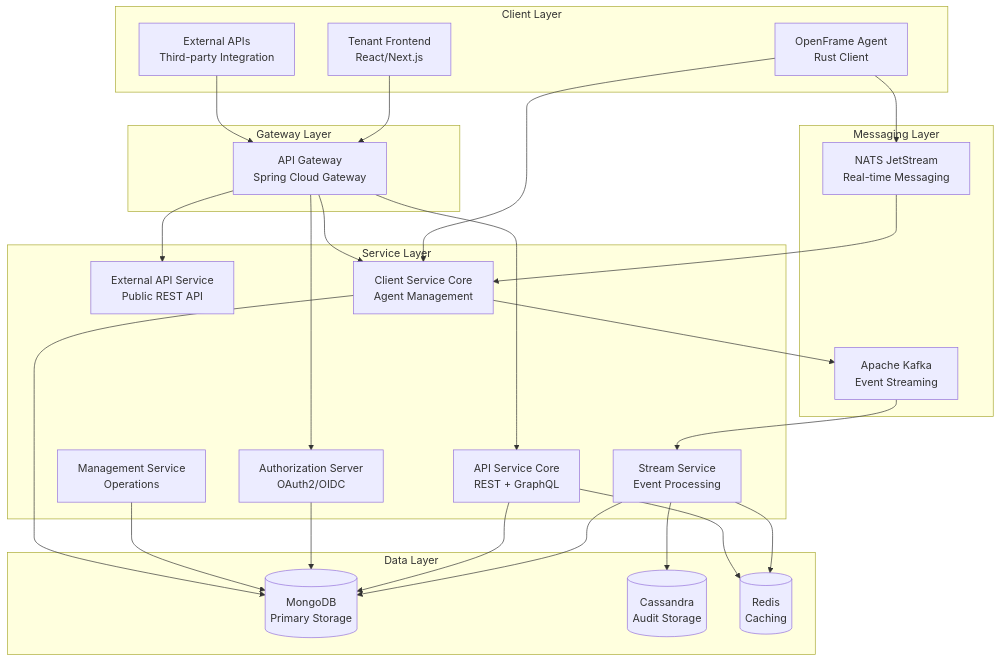
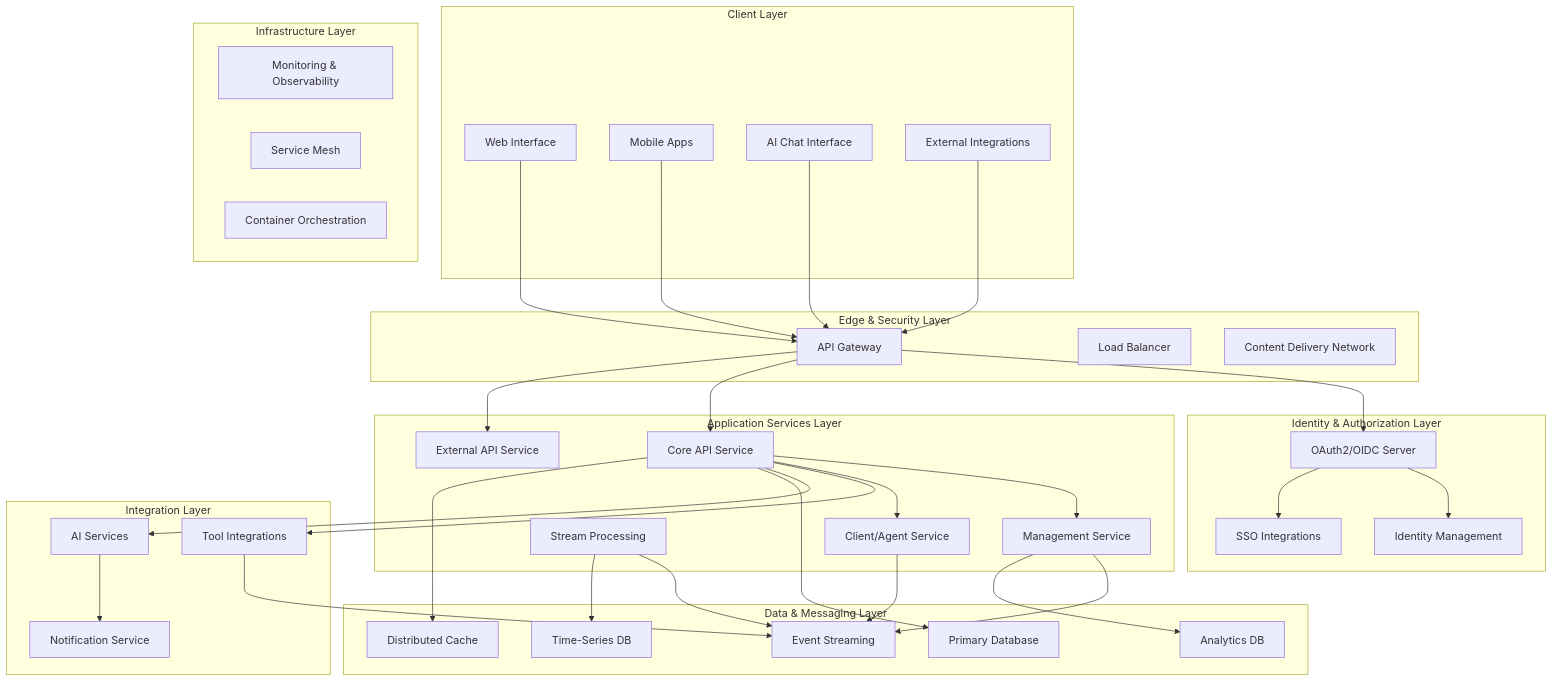
The first of 11 diagrams in docs/development/architecture/README.md (Praesto-Pro/openframe-oss-tenant), drawn with Mermaid before and after one commit. The commit also changed other lines of this file and 214 other files, not shown here.

````diff
--- a/docs/development/architecture/README.md
+++ b/docs/development/architecture/README.md
@@ -11,56 +11,78 @@
 ```mermaid
-flowchart TB
+graph TB
     subgraph "Client Layer"
-        Browser[Tenant Frontend<br/>React/Next.js]
-        Agent[OpenFrame Agent<br/>Rust Client]
-        ExternalClient[External APIs<br/>Third-party Integration]
+        WebUI[Web Interface]
+        MobileApp[Mobile Apps]
+        AIChat[AI Chat Interface] 
+        ExternalAPI[External Integrations]
     end
-
-    subgraph "Gateway Layer"
-        Gateway[API Gateway<br/>Spring Cloud Gateway]
+    
+    subgraph "Edge & Security Layer"
+        Gateway[API Gateway]
+        LoadBalancer[Load Balancer]
+        CDN[Content Delivery Network]
     end
-
-    subgraph "Service Layer"
-        AuthZ[Authorization Server<br/>OAuth2/OIDC]
-        API[API Service Core<br/>REST + GraphQL]
-        External[External API Service<br/>Public REST API]
-        Client[Client Service Core<br/>Agent Management]
-        Management[Management Service<br/>Operations]
-        Stream[Stream Service<br/>Event Processing]
+    
+    subgraph "Identity & Authorization Layer"
+        AuthServer[OAuth2/OIDC Server]
+        IAM[Identity Management]
+        SSO[SSO Integrations]
     end
-
-    subgraph "Messaging Layer"
-        NATS[NATS JetStream<br/>Real-time Messaging]
-        Kafka[Apache Kafka<br/>Event Streaming]
+    
+    subgraph "Application Services Layer"
+        APIService[Core API Service]
+        ManagementService[Management Service]
+        StreamService[Stream Processing]
+        ClientService[Client/Agent Service]
+        ExternalAPIService[External API Service]
     end
-
-    subgraph "Data Layer"
-        MongoDB[(MongoDB<br/>Primary Storage)]
-        Cassandra[(Cassandra<br/>Audit Storage)]
-        Redis[(Redis<br/>Caching)]
+    
+    subgraph "Integration Layer"
+        ToolIntegrations[Tool Integrations]
+        AIServices[AI Services]
+        NotificationService[Notification Service]
     end
-
-    Browser --> Gateway
-    Agent --> Client
-    Agent --> NATS
-    ExternalClient --> Gateway
-
-    Gateway --> AuthZ
-    Gateway --> API
-    Gateway --> External
-    Gateway --> Client
-
-    NATS --> Client
-    Client --> Kafka
-    Kafka --> Stream
-    Stream --> Cassandra
-    Stream --> MongoDB
-
-    API --> MongoDB
-    AuthZ --> MongoDB
-    Management --> MongoDB
-    Client --> MongoDB
-
-    Stream --> Redis
-    API --> Redis
+    
+    subgraph "Data & Messaging Layer"
+        EventStreaming[Event Streaming]
+        PrimaryDB[Primary Database]
+        TimeSeriesDB[Time-Series DB]
+        AnalyticsDB[Analytics DB]
+        Cache[Distributed Cache]
+    end
+    
+    subgraph "Infrastructure Layer"
+        Monitoring[Monitoring & Observability]
+        ServiceMesh[Service Mesh]
+        ContainerOrchestration[Container Orchestration]
+    end
+    
+    WebUI --> Gateway
+    MobileApp --> Gateway
+    AIChat --> Gateway
+    ExternalAPI --> Gateway
+    
+    Gateway --> AuthServer
+    Gateway --> APIService
+    Gateway --> ExternalAPIService
+    
+    AuthServer --> IAM
+    AuthServer --> SSO
+    
+    APIService --> ManagementService
+    APIService --> ClientService
+    APIService --> ToolIntegrations
+    APIService --> AIServices
+    
+    StreamService --> EventStreaming
+    ManagementService --> EventStreaming
+    ClientService --> EventStreaming
+    
+    APIService --> PrimaryDB
+    APIService --> Cache
+    StreamService --> TimeSeriesDB
+    ManagementService --> AnalyticsDB
+    
+    ToolIntegrations --> EventStreaming
+    AIServices --> NotificationService
 ```
````
